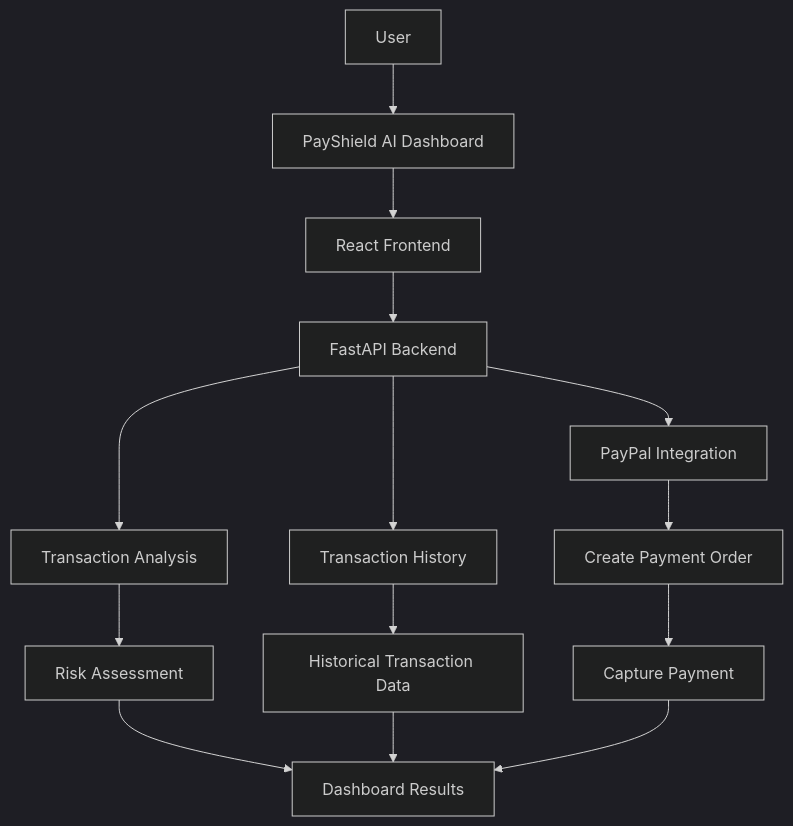
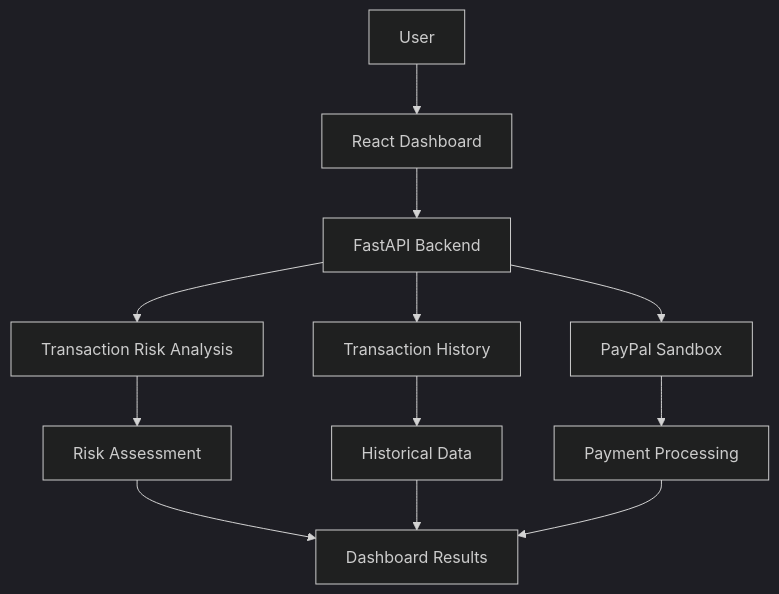
Before and after one commit to Kunalkawale01/PayShield-AI: the diagram in README.md, drawn with Mermaid (dark theme). The commit also changed other lines of this file, not shown here.

````diff
--- a/README.md
+++ b/README.md
@@ -84,19 +70,17 @@
 ```mermaid
 flowchart TD
-    A[User] --> B[PayShield AI Dashboard]
-    B --> C[React Frontend]
-    C --> D[FastAPI Backend]
+    A[User] --> B[React Dashboard]
+    B --> C[FastAPI Backend]
 
-    D --> E[Transaction Analysis]
-    D --> F[Transaction History]
-    D --> G[PayPal Integration]
+    C --> D[Transaction Risk Analysis]
+    C --> E[Transaction History]
+    C --> F[PayPal Sandbox]
 
-    E --> H[Risk Assessment]
-    F --> I[Historical Transaction Data]
-    G --> J[Create Payment Order]
-    J --> K[Capture Payment]
+    D --> G[Risk Assessment]
+    E --> H[Historical Data]
+    F --> I[Payment Processing]
 
-    H --> L[Dashboard Results]
-    I --> L
-    K --> L
+    G --> J[Dashboard Results]
+    H --> J
+    I --> J
 ```
````
